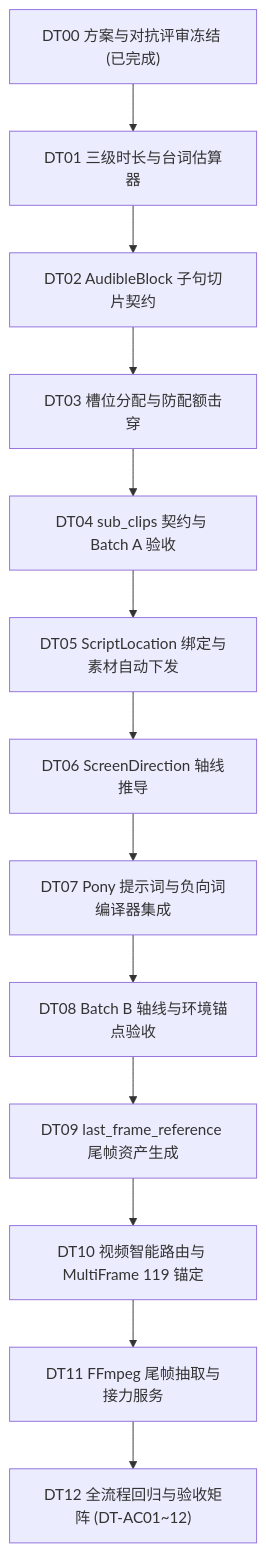
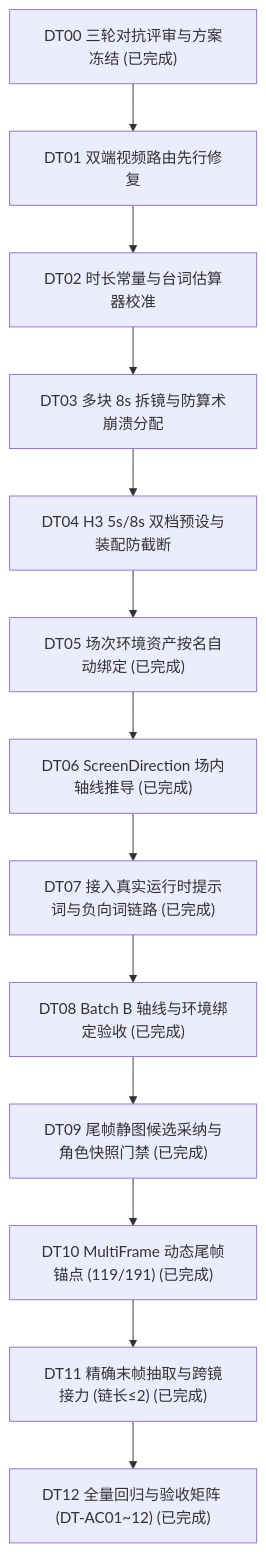
The diagram in docs/architecture/shot_timing_visual_anchor_first_last_frame_tasks_2026-10-29.md (eric20170524/nova-story), drawn with Mermaid before and after one commit. The commit also changed other lines of this file and 60 other files, not shown here.

````diff
--- a/docs/architecture/shot_timing_visual_anchor_first_last_frame_tasks_2026-10-29.md
+++ b/docs/architecture/shot_timing_visual_anchor_first_last_frame_tasks_2026-10-29.md
@@ -13,17 +13,17 @@
 ```mermaid
 flowchart TD
-  DT00["DT00 方案与对抗评审冻结 (已完成)"] --> DT01["DT01 三级时长与台词估算器"]
-  DT01 --> DT02["DT02 AudibleBlock 子句切片契约"]
-  DT02 --> DT03["DT03 槽位分配与防配额击穿"]
-  DT03 --> DT04["DT04 sub_clips 契约与 Batch A 验收"]
+  DT00["DT00 三轮对抗评审与方案冻结 (已完成)"] --> DT01["DT01 双端视频路由先行修复"]
+  DT01 --> DT02["DT02 时长常量与台词估算器校准"]
+  DT02 --> DT03["DT03 多块 8s 拆镜与防算术崩溃分配"]
+  DT03 --> DT04["DT04 H3 5s/8s 双档预设与装配防截断"]
 
-  DT04 --> DT05["DT05 ScriptLocation 绑定与素材自动下发"]
-  DT05 --> DT06["DT06 ScreenDirection 轴线推导"]
-  DT06 --> DT07["DT07 Pony 提示词与负向词编译器集成"]
-  DT07 --> DT08["DT08 Batch B 轴线与环境锚点验收"]
+  DT04 --> DT05["DT05 场次环境资产按名自动绑定 (已完成)"]
+  DT05 --> DT06["DT06 ScreenDirection 场内轴线推导 (已完成)"]
+  DT06 --> DT07["DT07 接入真实运行时提示词与负向词链路 (已完成)"]
+  DT07 --> DT08["DT08 Batch B 轴线与环境绑定验收 (已完成)"]
 
-  DT08 --> DT09["DT09 last_frame_reference 尾帧资产生成"]
-  DT09 --> DT10["DT10 视频智能路由与 MultiFrame 119 锚定"]
-  DT10 --> DT11["DT11 FFmpeg 尾帧抽取与接力服务"]
-  DT11 --> DT12["DT12 全流程回归与验收矩阵 (DT-AC01~12)"]
+  DT08 --> DT09["DT09 尾帧静图候选采纳与角色快照门禁 (已完成)"]
+  DT09 --> DT10["DT10 MultiFrame 动态尾帧锚点 (119/191) (已完成)"]
+  DT10 --> DT11["DT11 精确末帧抽取与跨镜接力 (链长≤2) (已完成)"]
+  DT11 --> DT12["DT12 全量回归与验收矩阵 (DT-AC01~12) (已完成)"]
 ```
````
